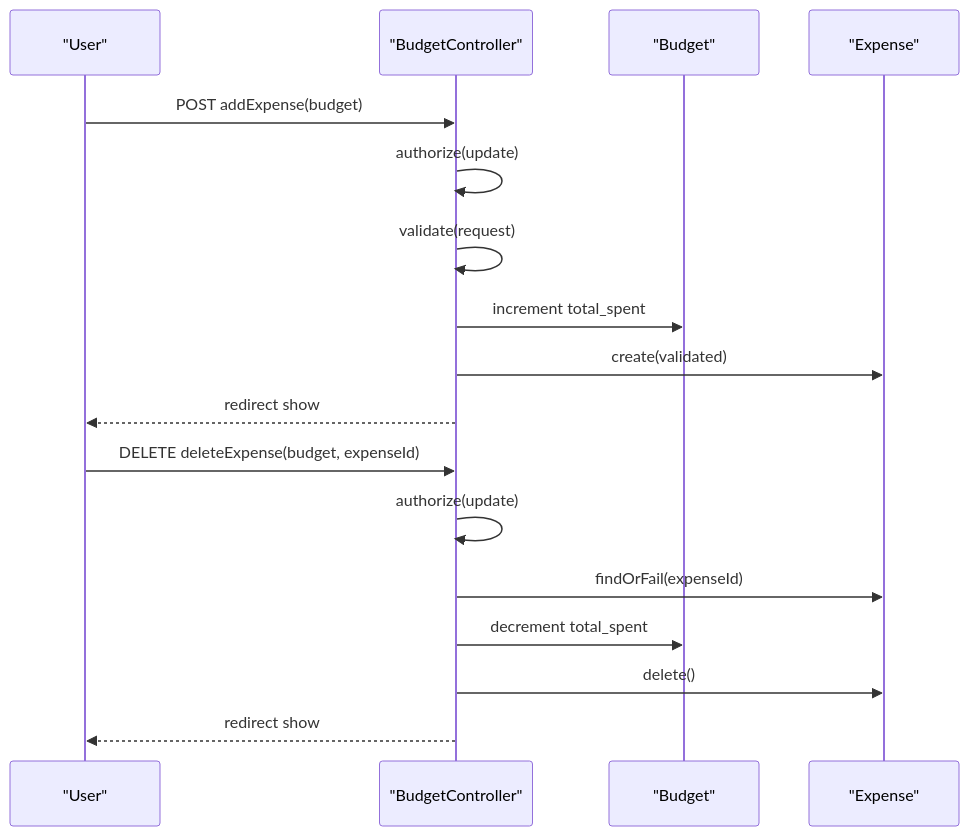
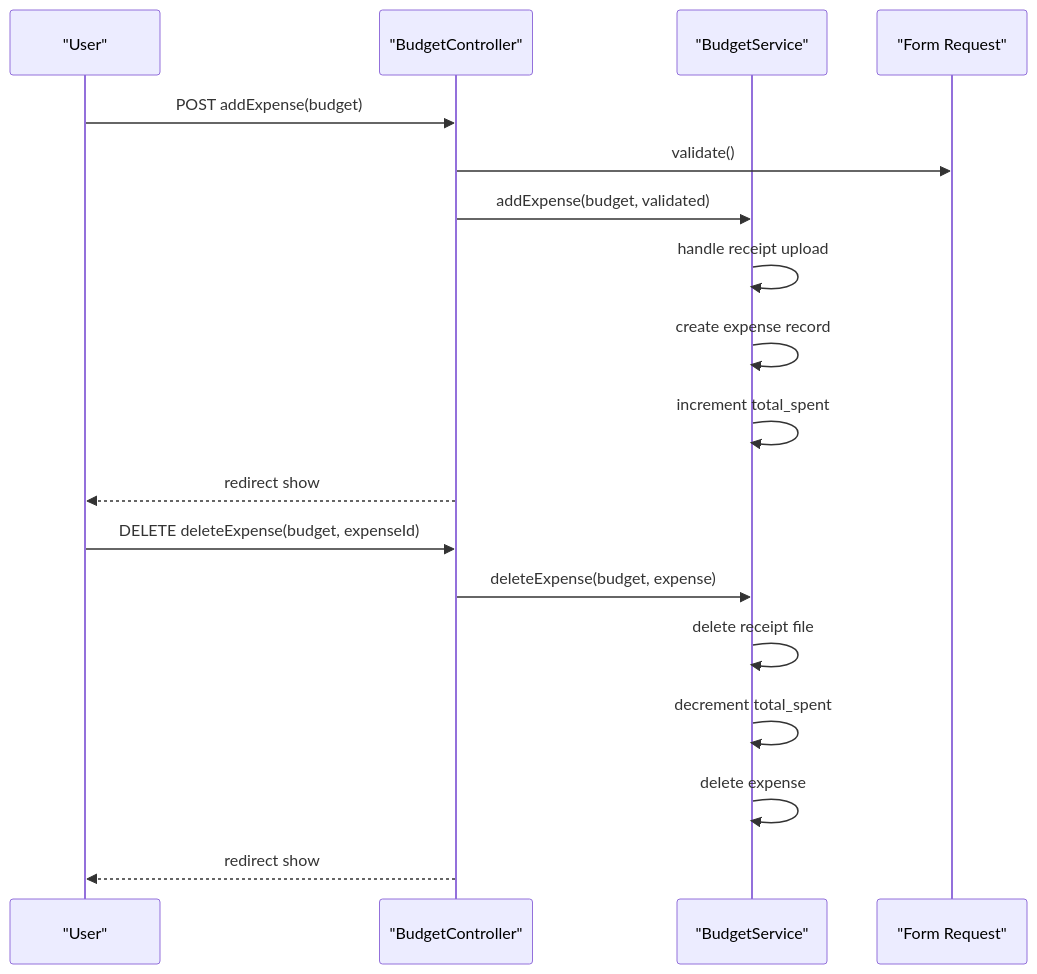
Before and after one commit to VenokM05/Travel_Project: the sixth of 9 diagrams in .qoder/repowiki/en/content/Budget and Expense Tracking.md, drawn with Mermaid. The commit also changed other lines of this file and 12 other files, not shown here.

````diff
--- a/.qoder/repowiki/en/content/Budget and Expense Tracking.md
+++ b/.qoder/repowiki/en/content/Budget and Expense Tracking.md
@@ -314,19 +344,20 @@
 ```mermaid
 sequenceDiagram
 participant U as "User"
 participant C as "BudgetController"
-participant B as "Budget"
-participant E as "Expense"
+participant S as "BudgetService"
+participant FR as "Form Request"
 U->>C : POST addExpense(budget)
-C->>C : authorize(update)
-C->>C : validate(request)
-C->>B : increment total_spent
-C->>E : create(validated)
+C->>FR : validate()
+C->>S : addExpense(budget, validated)
+S->>S : handle receipt upload
+S->>S : create expense record
+S->>S : increment total_spent
 C-->>U : redirect show
 U->>C : DELETE deleteExpense(budget, expenseId)
-C->>C : authorize(update)
-C->>E : findOrFail(expenseId)
-C->>B : decrement total_spent
-C->>E : delete()
+C->>S : deleteExpense(budget, expense)
+S->>S : delete receipt file
+S->>S : decrement total_spent
+S->>S : delete expense
 C-->>U : redirect show
 ```
````
